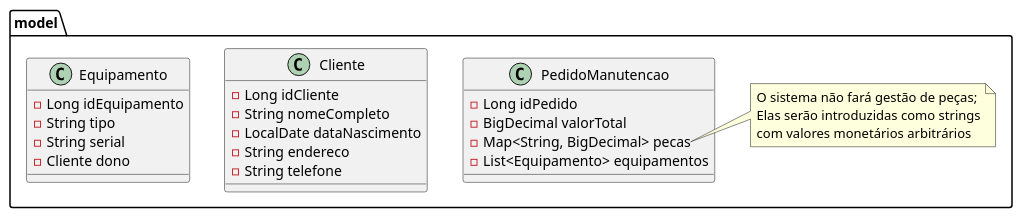
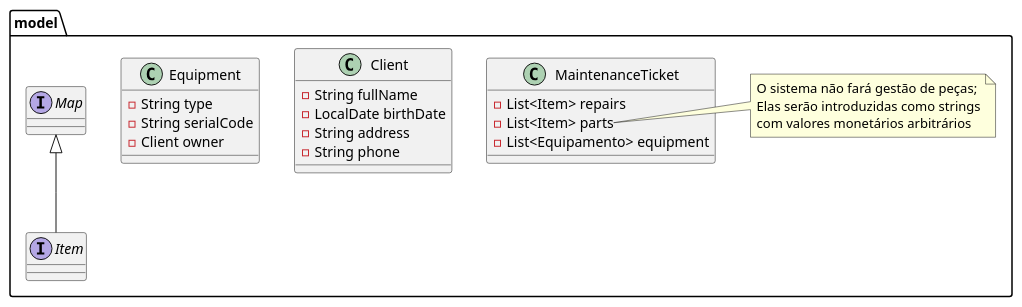
One commit to radialserial/Mixer changed the second of 2 diagrams in README.md. Above: the diagram before and after it, drawn with PlantUML.

Commit message:
docs(README): refactor diagrams to english and add item interface

````diff
--- a/README.md
+++ b/README.md
@@ -11,37 +11,37 @@
 ```plantuml
 @startuml
 
 package model {
 
-    class Cliente {
-        - Long idCliente
-        - String nomeCompleto
-        - LocalDate dataNascimento
-        - String endereco
-        - String telefone
+    class Client {
+        - String fullName
+        - LocalDate birthDate
+        - String address
+        - String phone
     }
 
-    class Equipamento {
-        - Long idEquipamento
-        - String tipo
-        - String serial
-        - Cliente dono
+    class Equipment {
+        - String type
+        - String serialCode
+        - Client owner
     }
 
-    class PedidoManutencao {
-        - Long idPedido
-        - BigDecimal valorTotal
-        - Map<String, BigDecimal> pecas
-        - List<Equipamento> equipamentos
+    class MaintenanceTicket {
+        - List<Item> repairs
+        - List<Item> parts
+        - List<Equipamento> equipment
     }
 
-    note right of PedidoManutencao::pecas
+    note right of MaintenanceTicket::parts
         O sistema não fará gestão de peças;
         Elas serão introduzidas como strings
         com valores monetários arbitrários
     end note
 
+    interface Item extends Map<String, BigDecimal> {
+    }
+
 }
 
 @enduml
 ```
````
